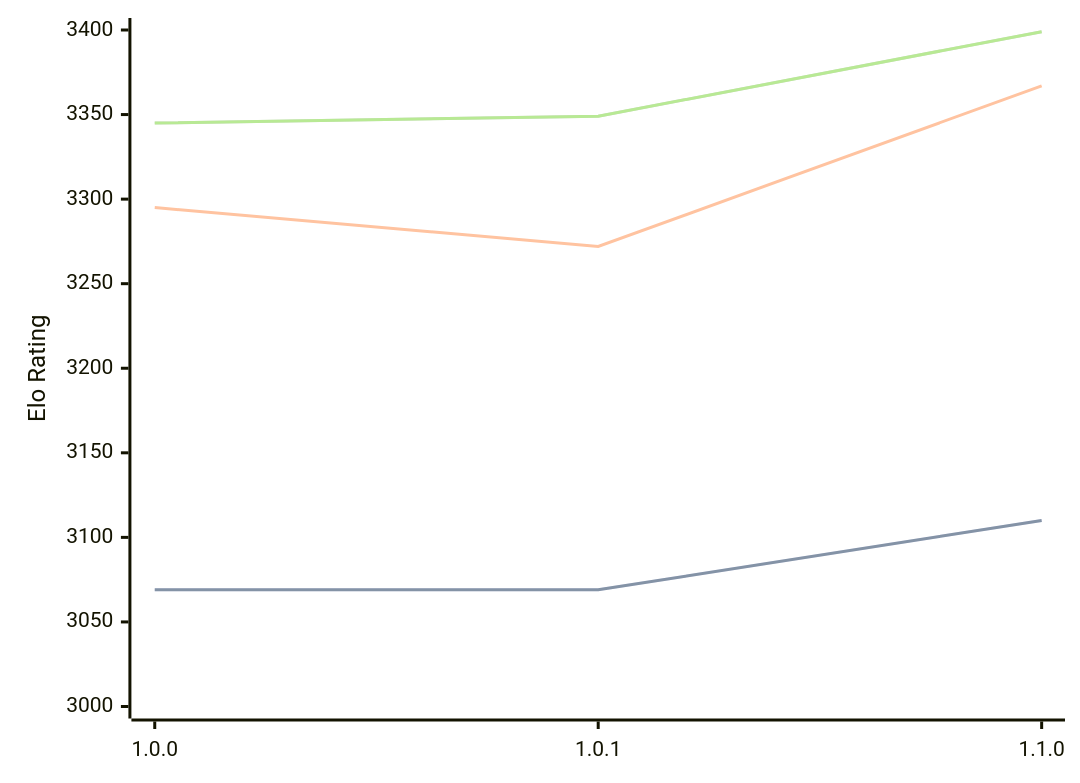
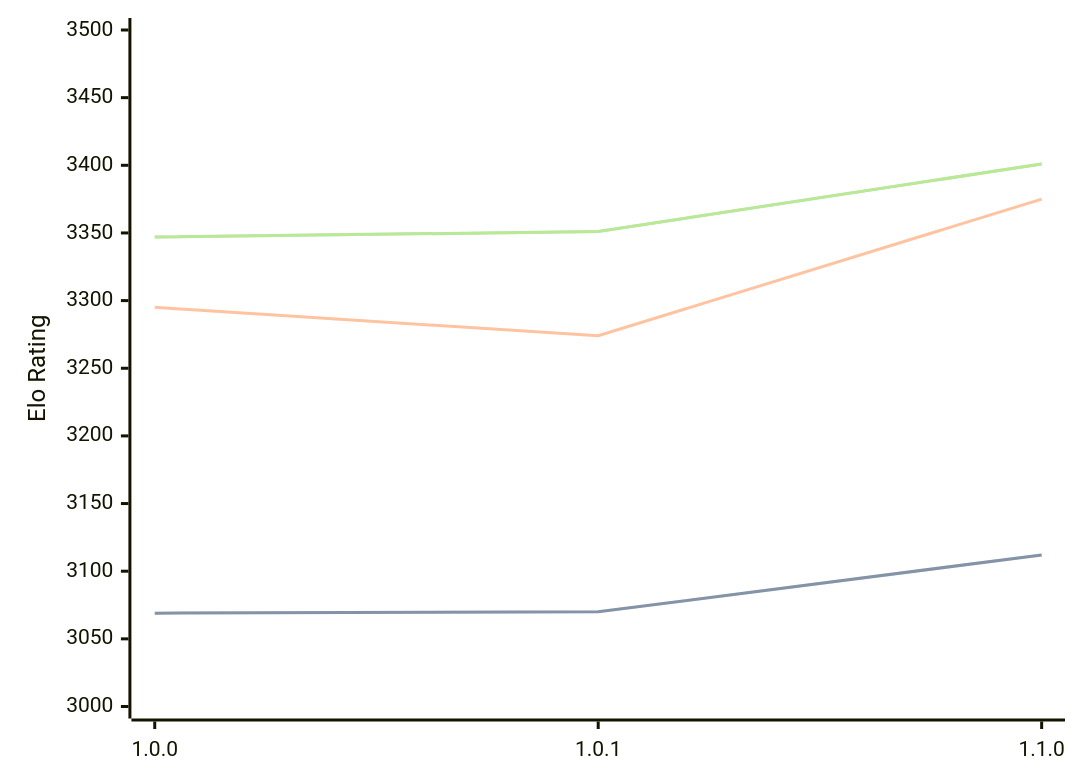
Before and after one commit to computer-chess-index/cci: the diagram in engines/Ursus.md, drawn with Mermaid. The commit also changed other lines of this file, not shown here.

Commit message:
Update CCI Ratings (ELO VLTC) - 2026-09-08

````diff
--- a/engines/Ursus.md
+++ b/engines/Ursus.md
@@ -33,11 +33,11 @@
 ```mermaid
 %%{init: {"theme":"base","themeVariables":{"seriesColors:['#a3a3a3','#222221','#faa371']}}}%%
 xychart-beta
   x-axis ["1.0.0", "1.0.1", "1.1.0"]
-  y-axis "Elo Rating" 3000 --> 3400
-  line "" [3069, 3069, 3110]
-  line "STC (8.0+0.08s)" [3069, 3069, 3110]
-  line "LTC (60.0+0.60s)" [3295, 3272, 3367]
-  line "" [3345, 3349, 3399]
-  line "VLTC (2m24s+1.12s)" [3345, 3349, 3399]
+  y-axis "Elo Rating" 3000 --> 3500
+  line "" [3069, 3070, 3112]
+  line "STC (8.0+0.08s)" [3069, 3070, 3112]
+  line "LTC (60.0+0.60s)" [3295, 3274, 3375]
+  line "" [3347, 3351, 3401]
+  line "VLTC (2m24s+1.12s)" [3347, 3351, 3401]
 ```
````
